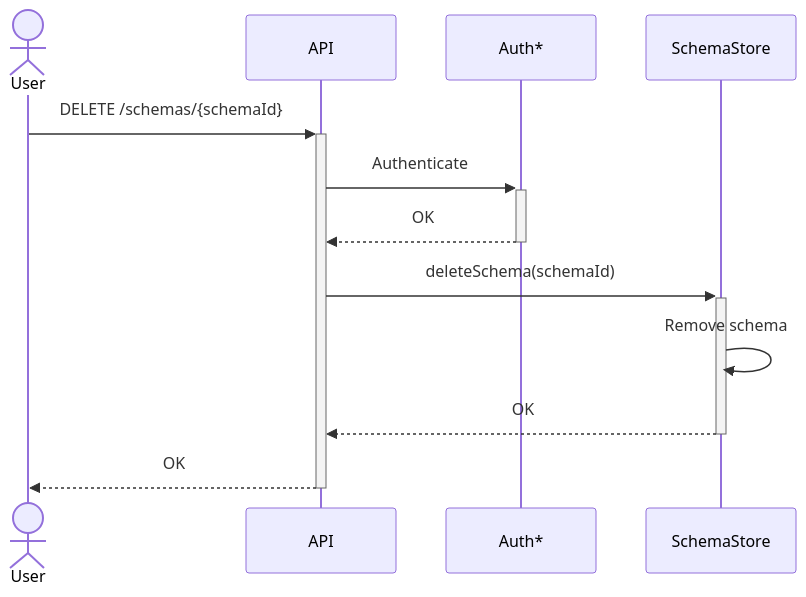
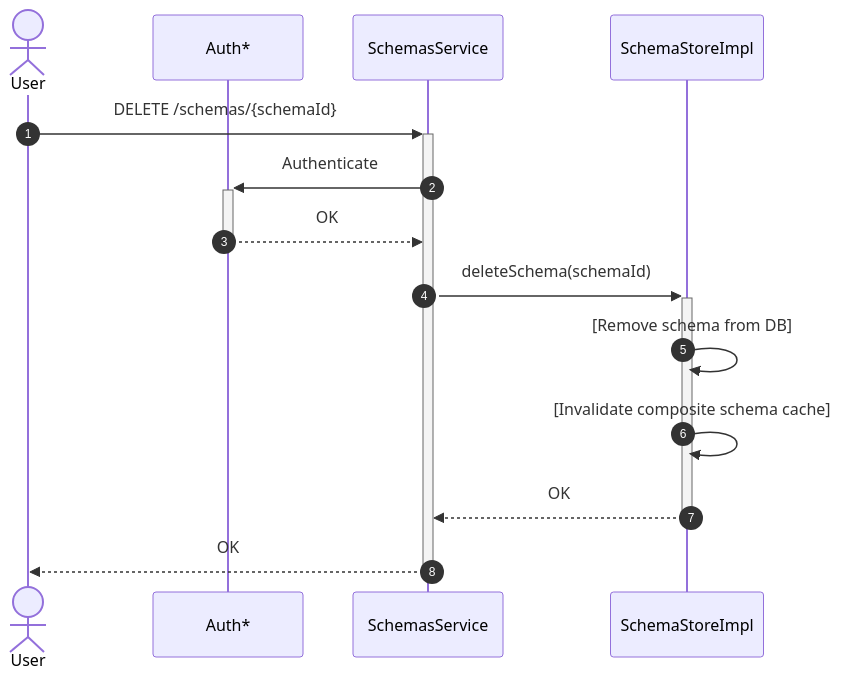
Diagram 25 of 32 in federated-catalogue/src/docs/architecture/chapters/06_runtime_view.adoc (federated-catalogue-enhancements-2026/docs), drawn with Mermaid before and after one commit. The commit also changed other lines of this file and 2 other files, not shown here.

```diff
--- a/federated-catalogue/src/docs/architecture/chapters/06_runtime_view.adoc
+++ b/federated-catalogue/src/docs/architecture/chapters/06_runtime_view.adoc
@@ -757,15 +772,17 @@
 [mermaid, width=2000]
 ....
 sequenceDiagram
+    autonumber
     actor User
-    participant API
     participant Auth as Auth*
-    participant SchemaStore as SchemaStore
+    participant API as SchemasService
+    participant SchemaStore as SchemaStoreImpl
     User ->> + API:DELETE /schemas/{schemaId}
     API ->> + Auth:Authenticate
     Auth -->> - API:OK
     API ->> + SchemaStore:deleteSchema(schemaId)
-    SchemaStore ->> SchemaStore:Remove schema
+    SchemaStore ->> SchemaStore:[Remove schema from DB]
+    SchemaStore ->> SchemaStore:[Invalidate composite schema cache]
     SchemaStore -->> - API:OK
     API -->> - User:OK
 ....
```
